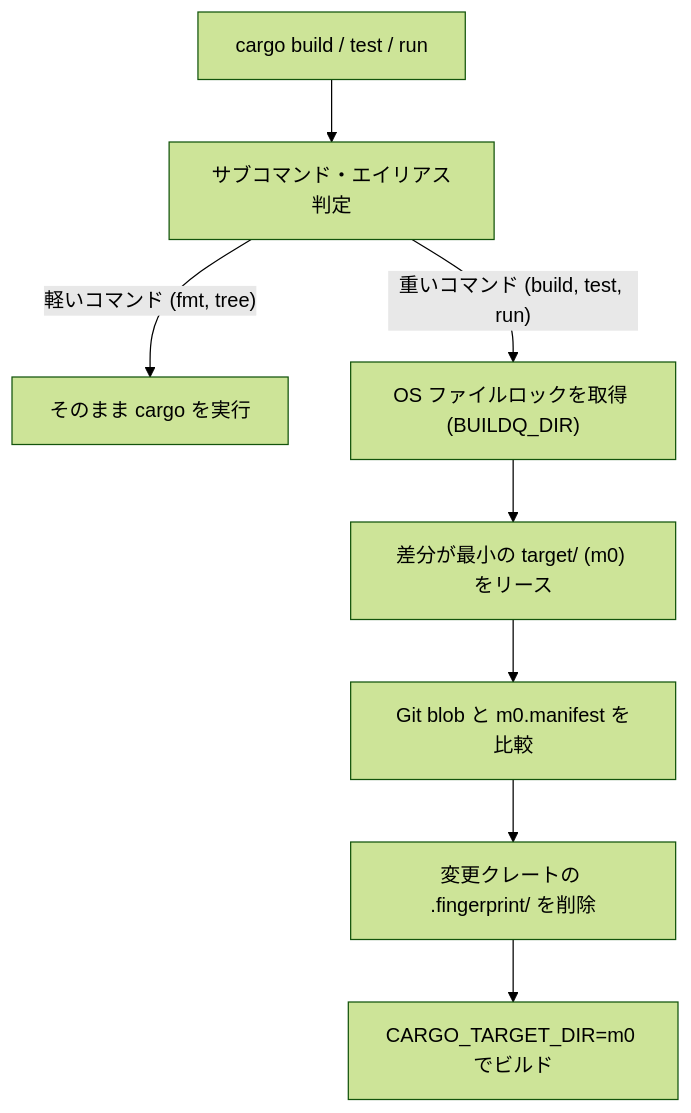
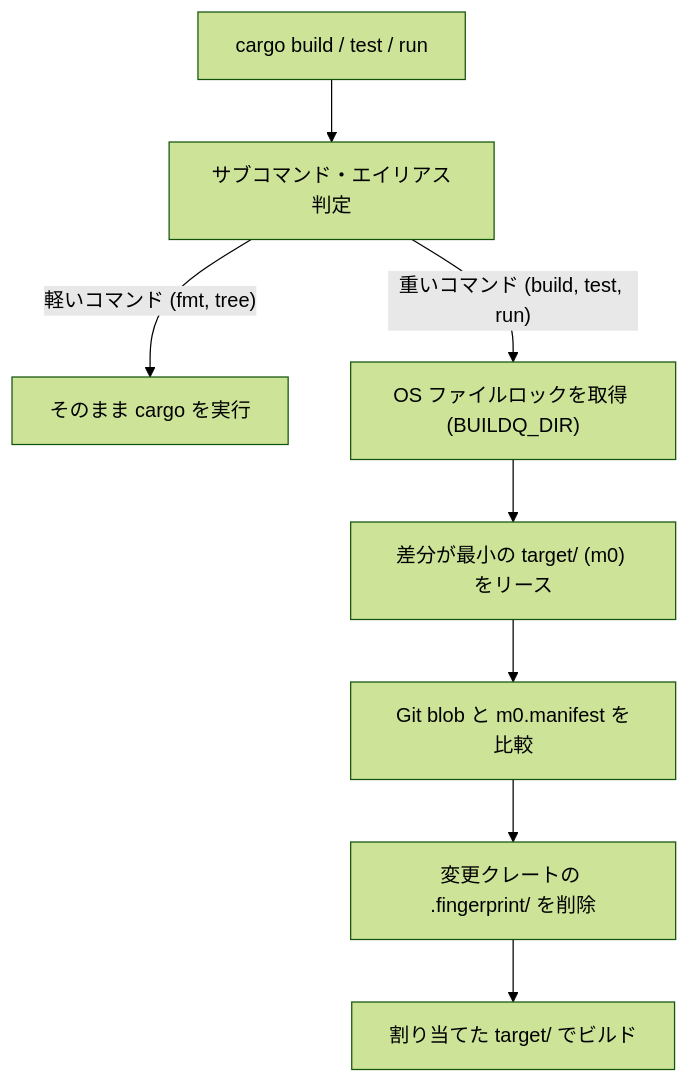
Before and after one commit to r4ai/buildq: the second of 2 diagrams in README.ja.md, drawn with Mermaid (forest theme). The commit also changed 11 other files, not shown here.

````diff
--- a/README.ja.md
+++ b/README.ja.md
@@ -169,10 +169,10 @@
 ```mermaid
 flowchart TD
     Start["cargo build / test / run"] --> Check["サブコマンド・エイリアス判定"]
     Check -- "軽いコマンド (fmt, tree)" --> Pass["そのまま cargo を実行"]
     Check -- "重いコマンド (build, test, run)" --> Lock["OS ファイルロックを取得 (BUILDQ_DIR)"]
     Lock --> Lease["差分が最小の target/ (m0) をリース"]
     Lease --> Diff["Git blob と m0.manifest を比較"]
     Diff --> Invalidate["変更クレートの .fingerprint/ を削除"]
-    Invalidate --> Build["CARGO_TARGET_DIR=m0 でビルド"]
+    Invalidate --> Build["割り当てた target/ でビルド"]
 ```
````
